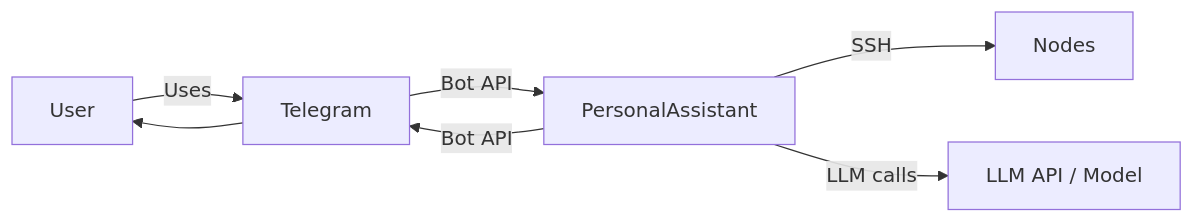
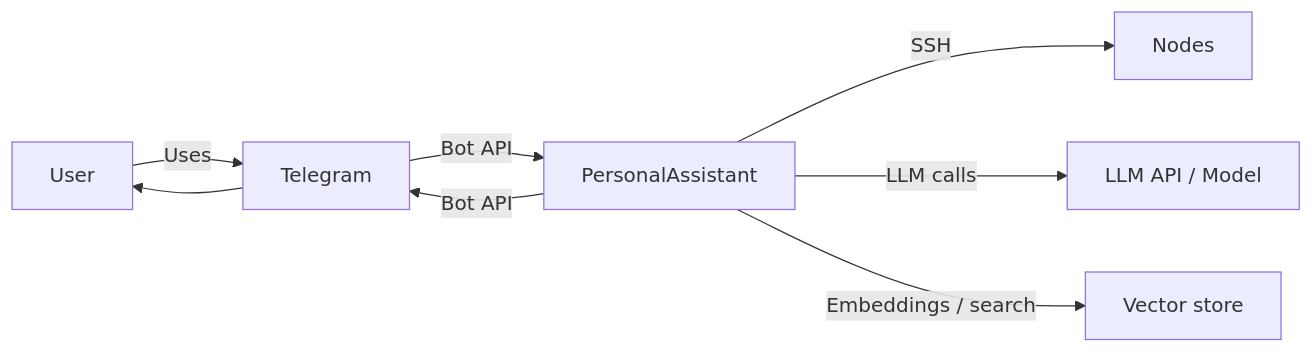
The diagram in ai-sdlc-artefacts/epics/EP-002/ep-requirements.md (asubbot/personal-assistant), drawn with Mermaid before and after one commit. The commit also changed other lines of this file and 45 other files, not shown here.

````diff
--- a/ai-sdlc-artefacts/epics/EP-002/ep-requirements.md
+++ b/ai-sdlc-artefacts/epics/EP-002/ep-requirements.md
@@ -67,9 +69,10 @@
 ```mermaid
 flowchart LR
     User[User] -->|Uses| Telegram[Telegram]
     Telegram -->|Bot API| PA[PersonalAssistant]
     PA -->|Bot API| Telegram
     Telegram --> User
     PA -->|SSH| Nodes[Nodes]
     PA -->|LLM calls| LLM[LLM API / Model]
+    PA -->|Embeddings / search| Vec[Vector store]
 ```
````
